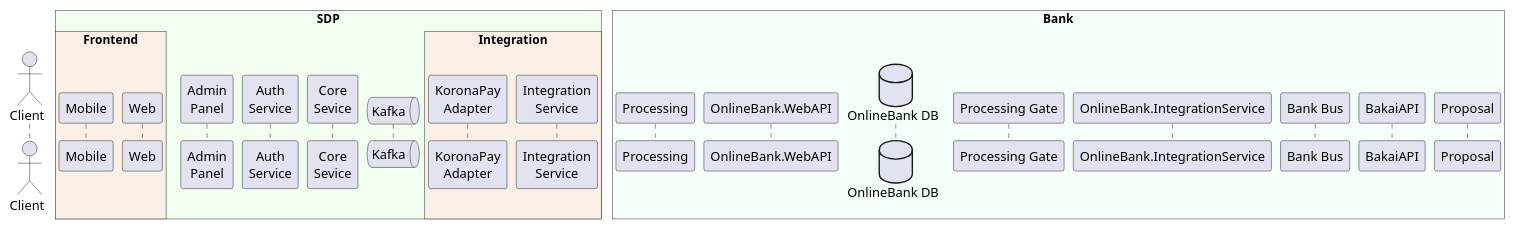
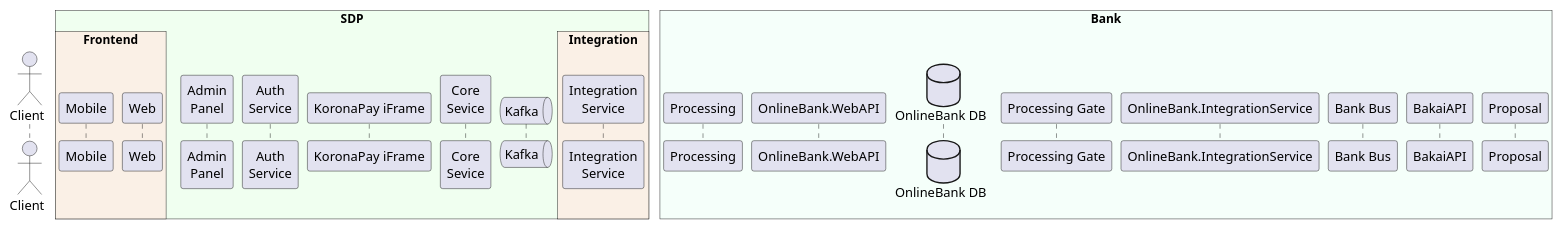
One commit to MIBtester/plantuml-styles changed the diagram in sdp_participants.puml. Above: the diagram before and after it, drawn with PlantUML.

Commit message:
Fix participant order and rename Core service

```diff
--- a/sdp_participants.puml
+++ b/sdp_participants.puml
@@ -1,39 +1,39 @@
 @startuml
 !pragma teoz true
 
 actor Client as Client order 10
 
 box "SDP" #HoneyDew
 
         box "Frontend" #Linen
             participant "Mobile" as Mobile order 20
             participant "Web" as Web order 25
         end box
 
     participant "Admin\nPanel" as Admin order 30
     participant "Auth\nService" as Auth order 33
-    participant "Core\nSevice" as Core order 36
+    participant "KoronaPay iFrame" as ZK order 39
+    participant "Core\nSevice" as Core order 42
     queue "Kafka" as Kafka order 63
 
       box "Integration" #Linen
-        participant "KoronaPay\nAdapter" as ZK order 70
         participant "Integration\nService" as Integration order 99
       end box
 
 end box
 
 box "Bank" #MintCream
 
     participant "Processing" as Processing order 100
     participant "OnlineBank.WebAPI" as WebAPI order 110
     database "OnlineBank DB" as OBDB order 120
     participant "Processing Gate" as Pgate order 130
     participant "OnlineBank.IntegrationService" as OBIS order 140
     participant "Bank Bus" as BankBus order 150
     participant "BakaiAPI" as BakaiAPI order 160
     participant "Proposal" as Proposal order 170
 
 end box
 
 
 @enduml
```
